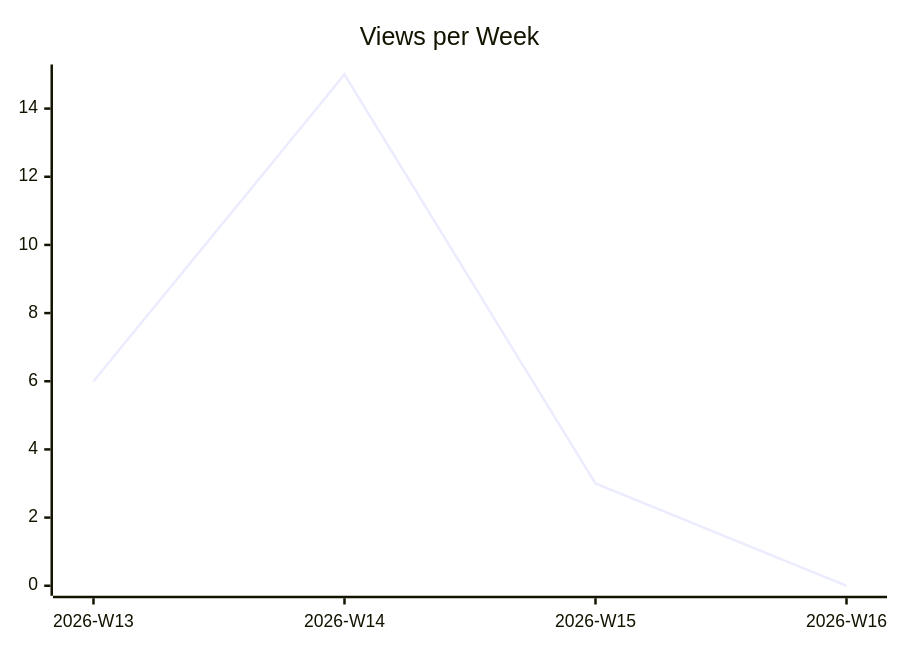
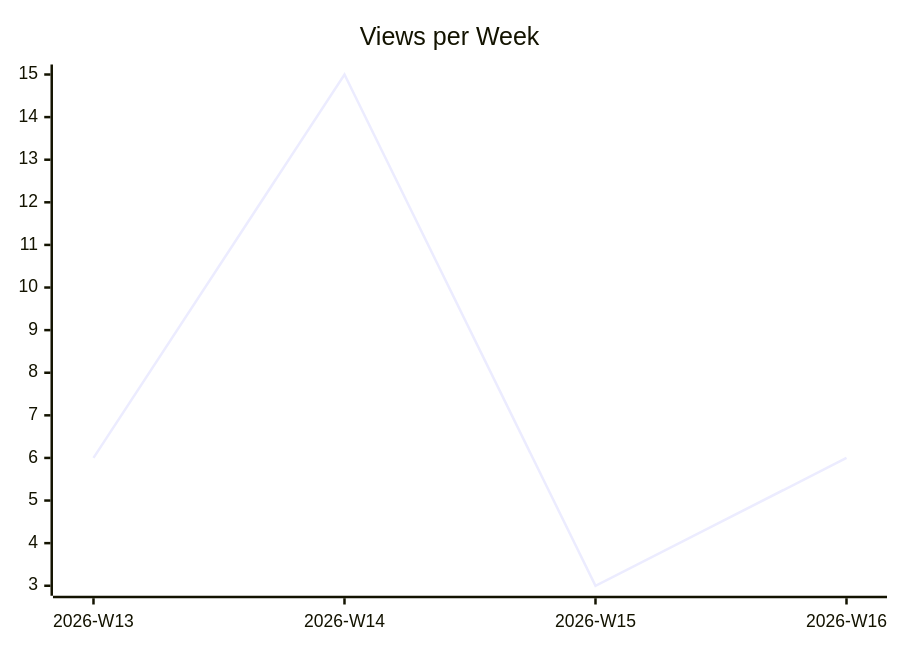
Before and after one commit to justdavis-family/github-analytics-data: the second of 3 diagrams in karlmdavis/ksoap2-android/README.md, drawn with Mermaid. The commit also changed other lines of this file and 189 other files, not shown here.

````diff
--- a/karlmdavis/ksoap2-android/README.md
+++ b/karlmdavis/ksoap2-android/README.md
@@ -12,6 +12,6 @@
 ```mermaid
 xychart-beta
   title "Views per Week"
   x-axis ["2026-W13", "2026-W14", "2026-W15", "2026-W16"]
-  line [6, 15, 3, 0]
+  line [6, 15, 3, 6]
 ```
````
